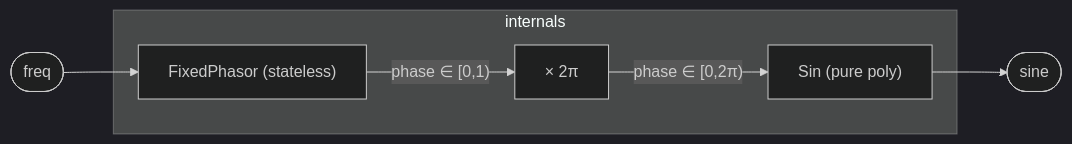
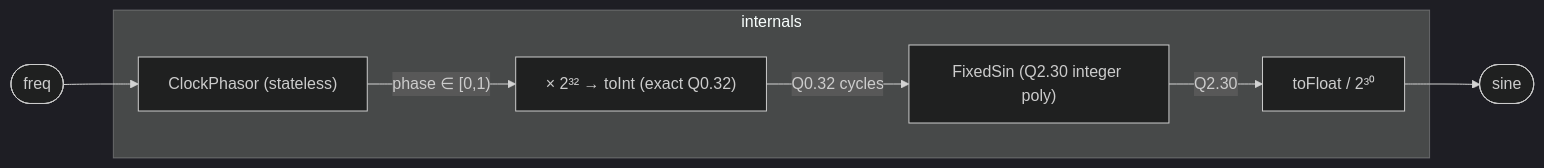
The diagram in stdlib/FixedSinOsc.md (willishoke/tropical), drawn with Mermaid (dark theme) before and after one commit. The commit also changed other lines of this file and 6 other files, not shown here.

````diff
--- a/stdlib/FixedSinOsc.md
+++ b/stdlib/FixedSinOsc.md
@@ -18,9 +18,10 @@
 ```mermaid
 flowchart LR
   freq([freq]) --> PH
   subgraph internals
-    PH["FixedPhasor (stateless)"] -- "phase ∈ [0,1)" --> MUL["× 2π"]
-    MUL -- "phase ∈ [0,2π)" --> SIN["Sin (pure poly)"]
+    PH["ClockPhasor (stateless)"] -- "phase ∈ [0,1)" --> REQ["× 2³² → toInt (exact Q0.32)"]
+    REQ -- "Q0.32 cycles" --> SIN["FixedSin (Q2.30 integer poly)"]
+    SIN -- "Q2.30" --> SC["toFloat / 2³⁰"]
   end
-  SIN --> sine([sine])
+  SC --> sine([sine])
 ```
````
